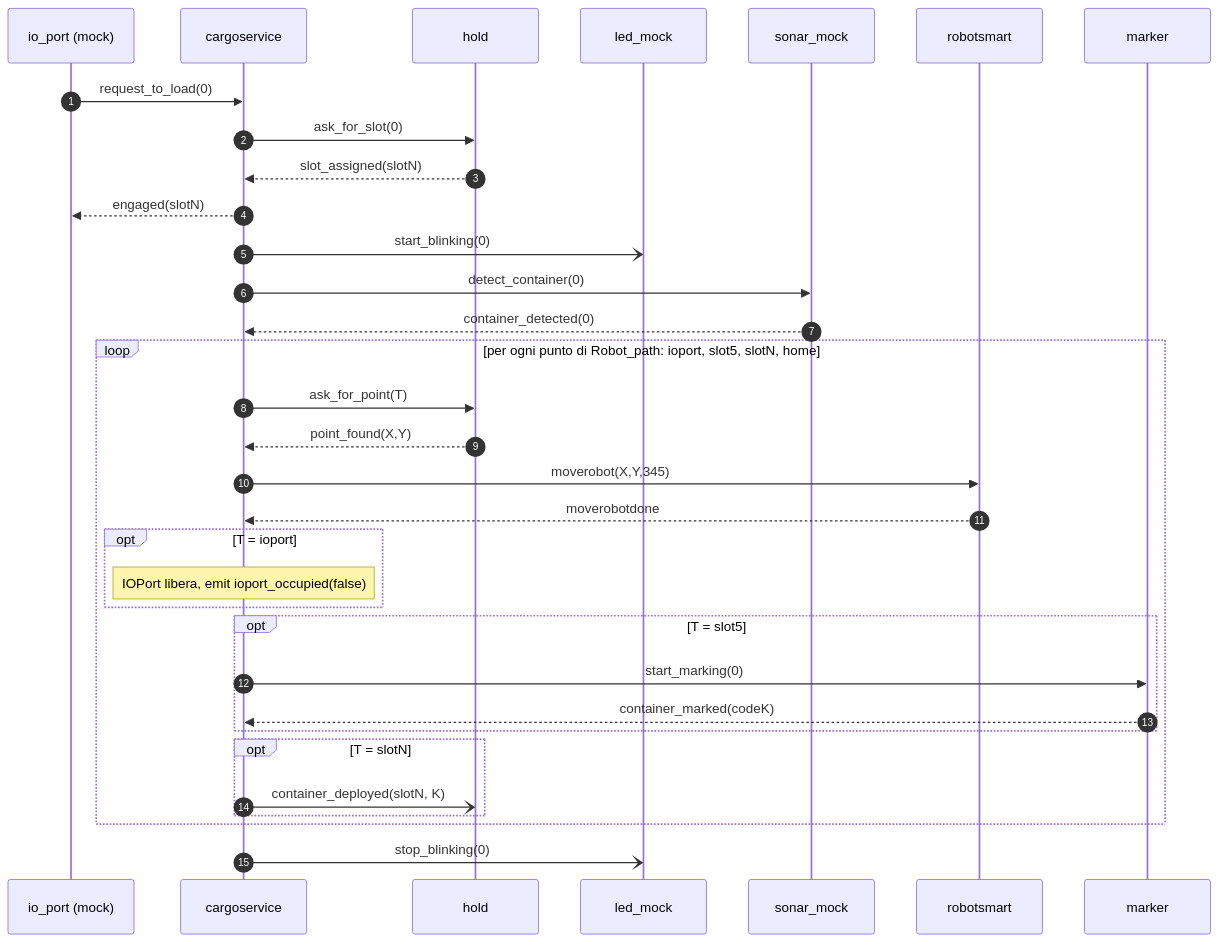
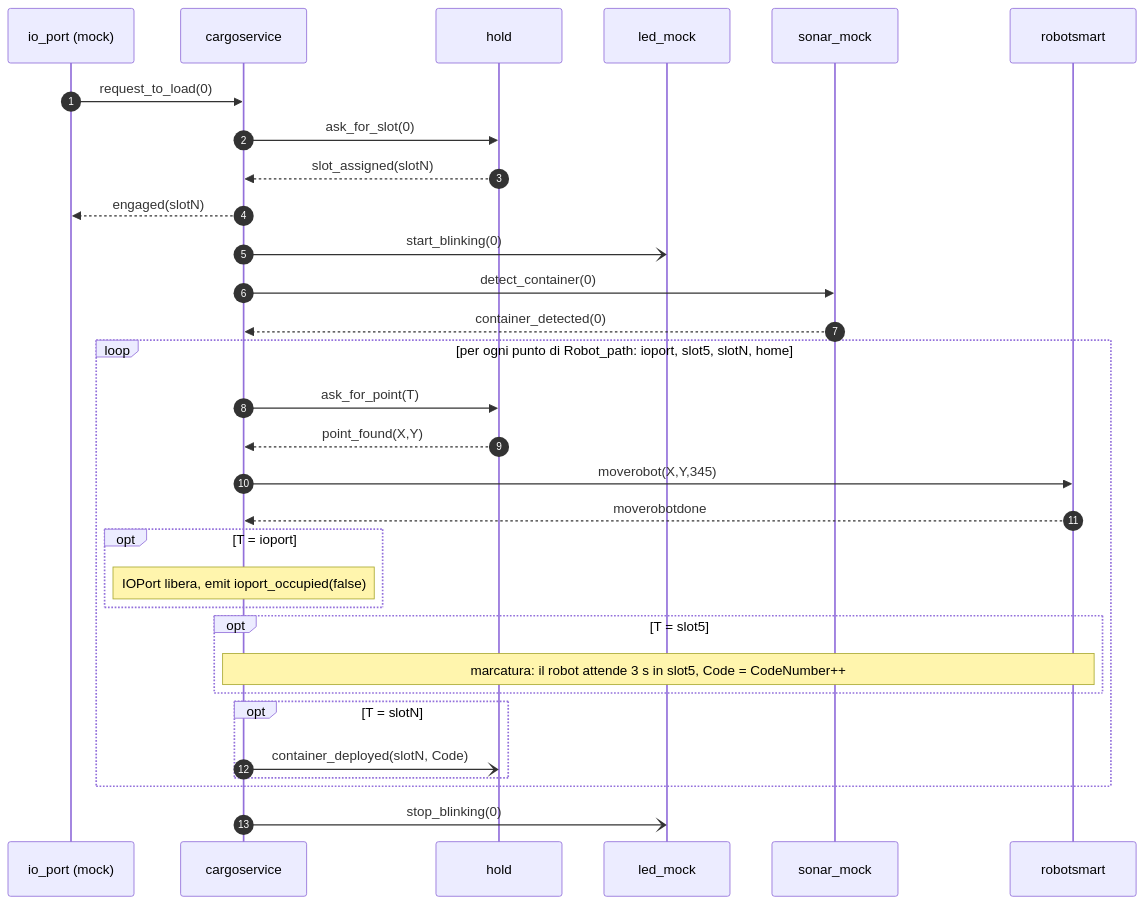
The diagram in UserDocs/sprint1.md (PietroMiloTasinato/Project_ISS), drawn with Mermaid before and after one commit. The commit also changed other lines of this file and 1 other file, not shown here.

````diff
--- a/UserDocs/sprint1.md
+++ b/UserDocs/sprint1.md
@@ -171,36 +290,34 @@
 ```mermaid
 sequenceDiagram
     autonumber
     participant IO as io_port (mock)
     participant CS as cargoservice
     participant H as hold
     participant L as led_mock
     participant S as sonar_mock
     participant R as robotsmart
-    participant M as marker
 
     IO->>CS: request_to_load(0)
     CS->>H: ask_for_slot(0)
     H-->>CS: slot_assigned(slotN)
     CS-->>IO: engaged(slotN)
     CS-)L: start_blinking(0)
     CS->>S: detect_container(0)
     S-->>CS: container_detected(0)
     loop per ogni punto di Robot_path: ioport, slot5, slotN, home
         CS->>H: ask_for_point(T)
         H-->>CS: point_found(X,Y)
         CS->>R: moverobot(X,Y,345)
         R-->>CS: moverobotdone
         opt T = ioport
             Note over CS: IOPort libera, emit ioport_occupied(false)
         end
         opt T = slot5
-            CS->>M: start_marking(0)
-            M-->>CS: container_marked(codeK)
+            Note over CS,R: marcatura: il robot attende 3 s in slot5, Code = CodeNumber++
         end
         opt T = slotN
-            CS-)H: container_deployed(slotN, K)
+            CS-)H: container_deployed(slotN, Code)
         end
     end
     CS-)L: stop_blinking(0)
 ```
````
